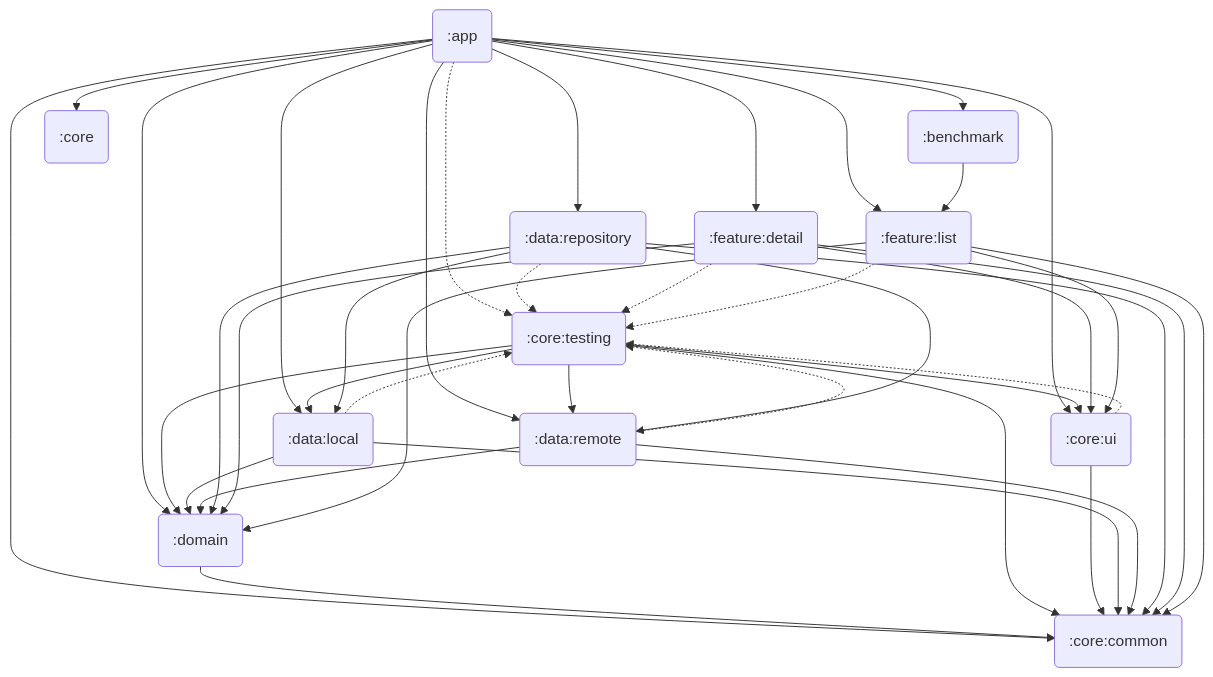
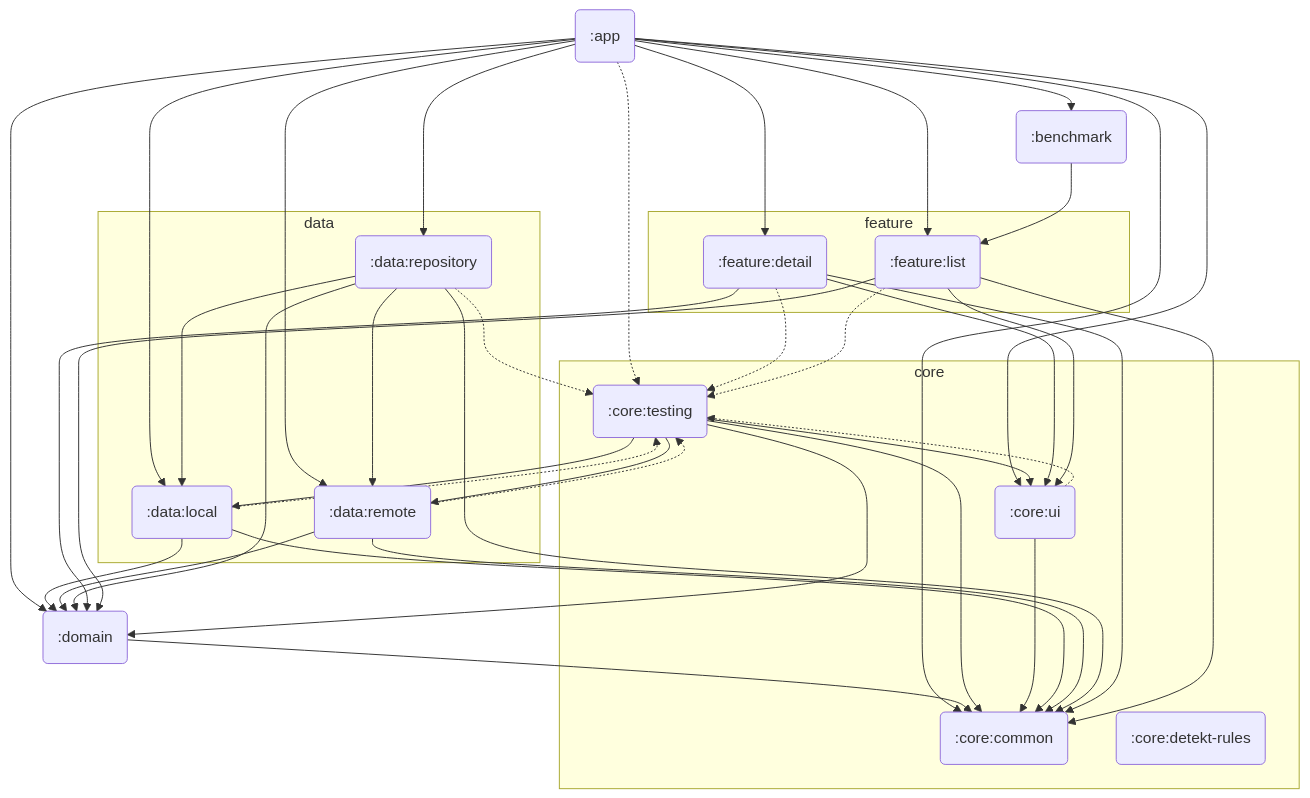
One commit to gustavoknz/Countries changed the diagram in MODULE_GRAPH.md. Above: the diagram before and after it, drawn with Mermaid. The commit also changed 1 other file, not shown here.

Commit message:
Split MODULE_GRAPH.md file

````diff
--- a/MODULE_GRAPH.md
+++ b/MODULE_GRAPH.md
@@ -3,42 +3,63 @@
 ```mermaid
 graph TD
-  _app(":app") -.-> _core_testing(":core:testing")
-  _app(":app") --> _benchmark(":benchmark")
-  _app(":app") --> _feature_detail(":feature:detail")
-  _app(":app") --> _feature_list(":feature:list")
-  _app(":app") --> _domain(":domain")
-  _app(":app") --> _data_local(":data:local")
-  _app(":app") --> _data_remote(":data:remote")
-  _app(":app") --> _data_repository(":data:repository")
-  _app(":app") --> _core_common(":core:common")
-  _app(":app") --> _core_ui(":core:ui")
-  _app(":app") --> _core(":core")
-  _benchmark(":benchmark") --> _feature_list(":feature:list")
-  _domain(":domain") --> _core_common(":core:common")
-  _core_testing(":core:testing") --> _domain(":domain")
-  _core_testing(":core:testing") --> _data_remote(":data:remote")
-  _core_testing(":core:testing") --> _data_local(":data:local")
-  _core_testing(":core:testing") --> _core_common(":core:common")
-  _core_testing(":core:testing") --> _core_ui(":core:ui")
-  _core_ui(":core:ui") --> _core_common(":core:common")
-  _core_ui(":core:ui") -.-> _core_testing(":core:testing")
-  _data_local(":data:local") --> _domain(":domain")
-  _data_local(":data:local") --> _core_common(":core:common")
-  _data_local(":data:local") -.-> _core_testing(":core:testing")
-  _data_remote(":data:remote") --> _domain(":domain")
-  _data_remote(":data:remote") --> _core_common(":core:common")
-  _data_remote(":data:remote") -.-> _core_testing(":core:testing")
-  _data_repository(":data:repository") --> _domain(":domain")
-  _data_repository(":data:repository") --> _data_local(":data:local")
-  _data_repository(":data:repository") --> _data_remote(":data:remote")
-  _data_repository(":data:repository") --> _core_common(":core:common")
-  _data_repository(":data:repository") -.-> _core_testing(":core:testing")
-  _feature_detail(":feature:detail") -.-> _core_testing(":core:testing")
-  _feature_detail(":feature:detail") --> _domain(":domain")
-  _feature_detail(":feature:detail") --> _core_ui(":core:ui")
-  _feature_detail(":feature:detail") --> _core_common(":core:common")
-  _feature_list(":feature:list") -.-> _core_testing(":core:testing")
-  _feature_list(":feature:list") --> _domain(":domain")
-  _feature_list(":feature:list") --> _core_common(":core:common")
-  _feature_list(":feature:list") --> _core_ui(":core:ui")
+  _app(":app")
+  _benchmark(":benchmark")
+  _domain(":domain")
+
+  subgraph core
+    _core_common(":core:common")
+    _core_detekt-rules(":core:detekt-rules")
+    _core_testing(":core:testing")
+    _core_ui(":core:ui")
+  end
+
+  subgraph data
+    _data_local(":data:local")
+    _data_remote(":data:remote")
+    _data_repository(":data:repository")
+  end
+
+  subgraph feature
+    _feature_detail(":feature:detail")
+    _feature_list(":feature:list")
+  end
+
+  _app -.-> _core_testing
+  _app --> _benchmark
+  _app --> _feature_detail
+  _app --> _feature_list
+  _app --> _domain
+  _app --> _data_local
+  _app --> _data_remote
+  _app --> _data_repository
+  _app --> _core_common
+  _app --> _core_ui
+  _benchmark --> _feature_list
+  _domain --> _core_common
+  _core_testing --> _domain
+  _core_testing --> _data_remote
+  _core_testing --> _data_local
+  _core_testing --> _core_common
+  _core_testing --> _core_ui
+  _core_ui --> _core_common
+  _core_ui -.-> _core_testing
+  _data_local --> _domain
+  _data_local --> _core_common
+  _data_local -.-> _core_testing
+  _data_remote --> _domain
+  _data_remote --> _core_common
+  _data_remote -.-> _core_testing
+  _data_repository --> _domain
+  _data_repository --> _data_local
+  _data_repository --> _data_remote
+  _data_repository --> _core_common
+  _data_repository -.-> _core_testing
+  _feature_detail -.-> _core_testing
+  _feature_detail --> _domain
+  _feature_detail --> _core_ui
+  _feature_detail --> _core_common
+  _feature_list -.-> _core_testing
+  _feature_list --> _domain
+  _feature_list --> _core_common
+  _feature_list --> _core_ui
 ```
````
